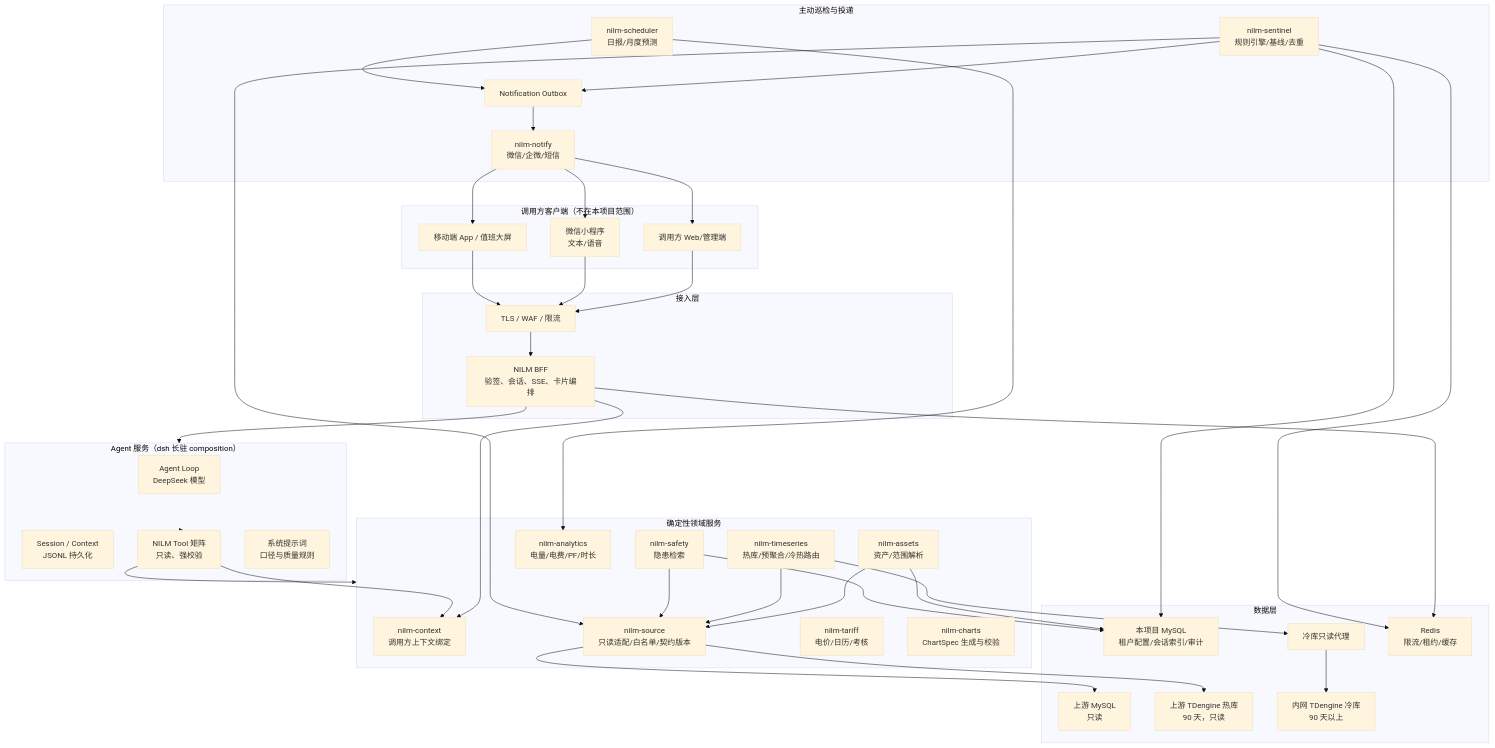
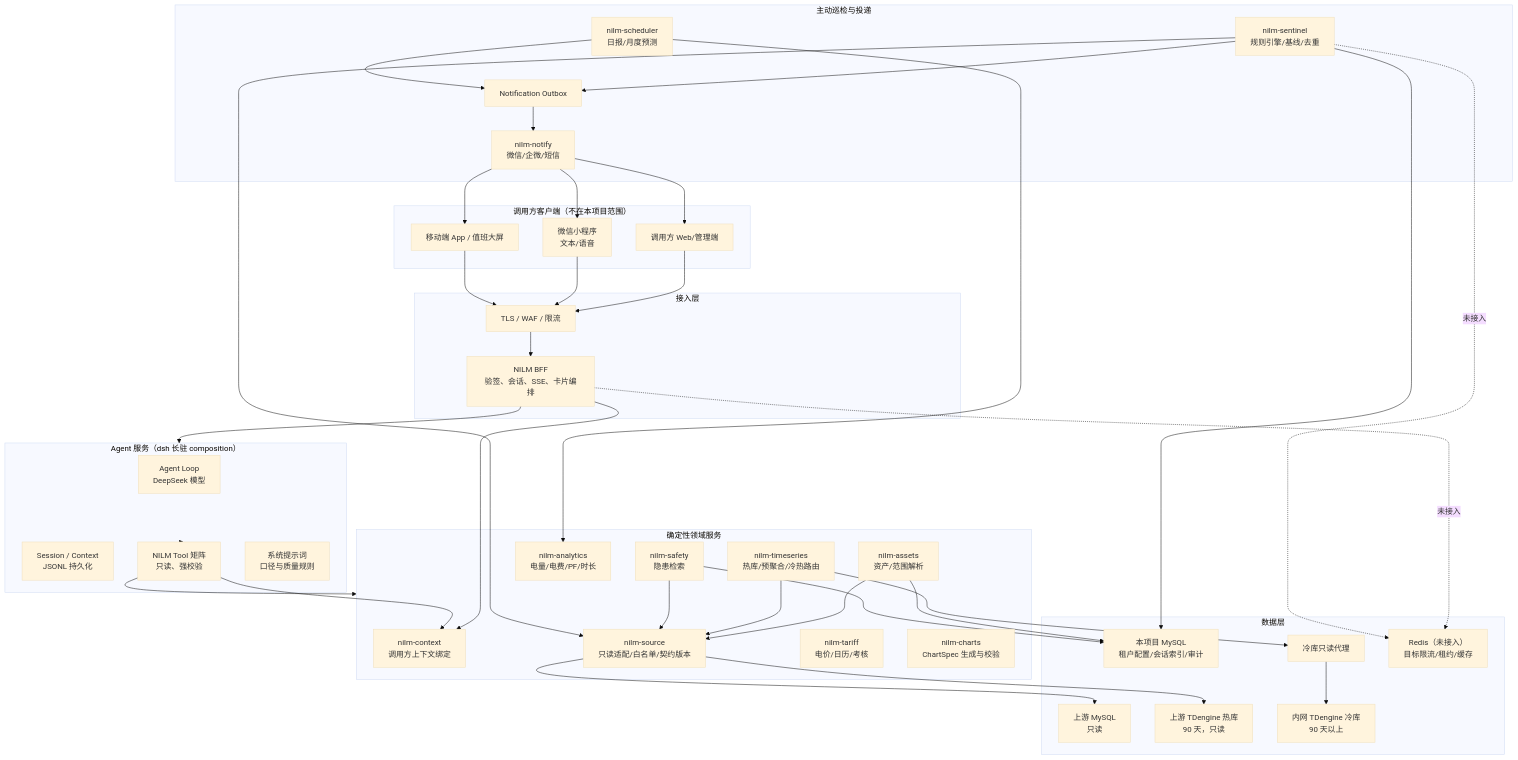
Before and after one commit to xusofty-cyber/deepseek-harness: the first of 4 diagrams in docs/nilm-ai-agent-architecture.md, drawn with Mermaid (base theme). The commit also changed other lines of this file and 67 other files, not shown here.

````diff
--- a/docs/nilm-ai-agent-architecture.md
+++ b/docs/nilm-ai-agent-architecture.md
@@ -510,74 +510,74 @@
 ```mermaid
 flowchart TB
     subgraph Client["调用方客户端（不在本项目范围）"]
         Web["调用方 Web/管理端"]
         Mini["微信小程序<br/>文本/语音"]
         App["移动端 App / 值班大屏"]
     end
 
     subgraph Edge["接入层"]
         WAF["TLS / WAF / 限流"]
         BFF["NILM BFF<br/>验签、会话、SSE、卡片编排"]
     end
 
     subgraph Agent["Agent 服务（dsh 长驻 composition）"]
         Loop["Agent Loop<br/>DeepSeek 模型"]
         Session["Session / Context<br/>JSONL 持久化"]
         Tools["NILM Tool 矩阵<br/>只读、强校验"]
         Prompt["系统提示词<br/>口径与质量规则"]
     end
 
     subgraph Domain["确定性领域服务"]
         Context["nilm-context<br/>调用方上下文绑定"]
         Source["nilm-source<br/>只读适配/白名单/契约版本"]
         Assets["nilm-assets<br/>资产/范围解析"]
         TS["nilm-timeseries<br/>热库/预聚合/冷热路由"]
         Analytics["nilm-analytics<br/>电量/电费/PF/时长"]
         Tariff["nilm-tariff<br/>电价/日历/考核"]
         Charts["nilm-charts<br/>ChartSpec 生成与校验"]
         Safety["nilm-safety<br/>隐患检索"]
     end
 
     subgraph Detect["主动巡检与投递"]
         Sentinel["nilm-sentinel<br/>规则引擎/基线/去重"]
         Scheduler["nilm-scheduler<br/>日报/月度预测"]
         Outbox["Notification Outbox"]
         Notifier["nilm-notify<br/>微信/企微/短信"]
         Sentinel --> Outbox
         Scheduler --> Outbox
         Outbox --> Notifier
     end
 
     subgraph Data["数据层"]
         MySQL["本项目 MySQL<br/>租户配置/会话索引/审计"]
         UpMySQL["上游 MySQL<br/>只读"]
         Hot["上游 TDengine 热库<br/>90 天，只读"]
         ColdProxy["冷库只读代理"]
         Cold["内网 TDengine 冷库<br/>90 天以上"]
-        Redis["Redis<br/>限流/租约/缓存"]
+        Redis["Redis（未接入）<br/>目标限流/租约/缓存"]
     end
 
     Web --> WAF
     Mini --> WAF --> BFF
     App --> WAF
     BFF --> Agent
     BFF --> Context
     Tools --> Context
     Agent --> Tools --> Domain
     Assets --> Source
     TS --> Source
     Safety --> Source
     Source --> UpMySQL
     Source --> Hot
     Assets --> MySQL
     TS --> ColdProxy --> Cold
     Safety --> MySQL
     Sentinel --> MySQL
     Sentinel --> Source
     Scheduler --> Analytics
     Notifier --> Mini
     Notifier --> App
     Notifier --> Web
-    BFF --> Redis
-    Sentinel --> Redis
+    BFF -.->|未接入| Redis
+    Sentinel -.->|未接入| Redis
 ```
````
